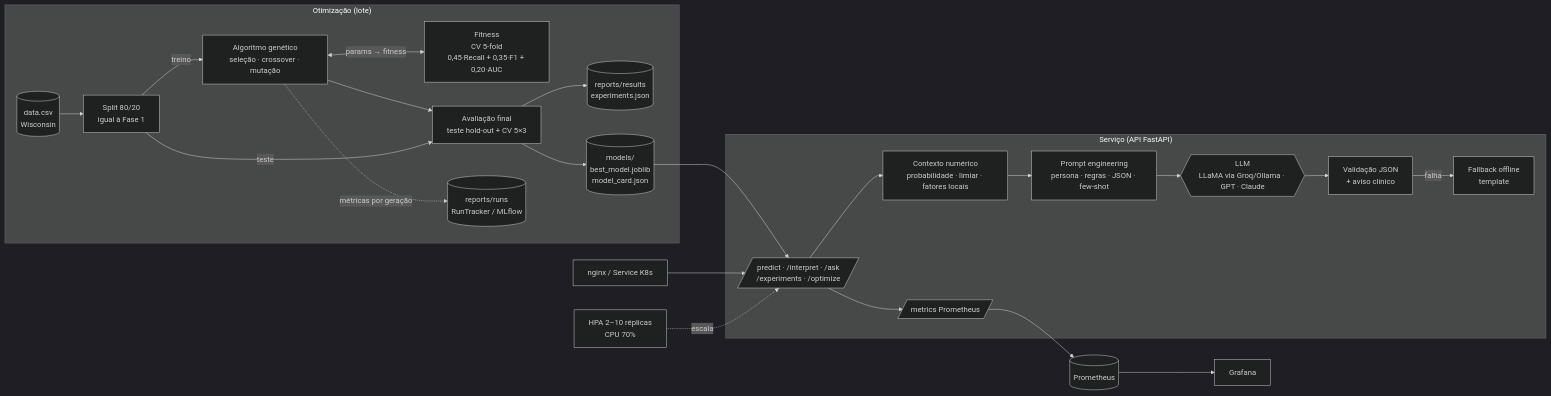
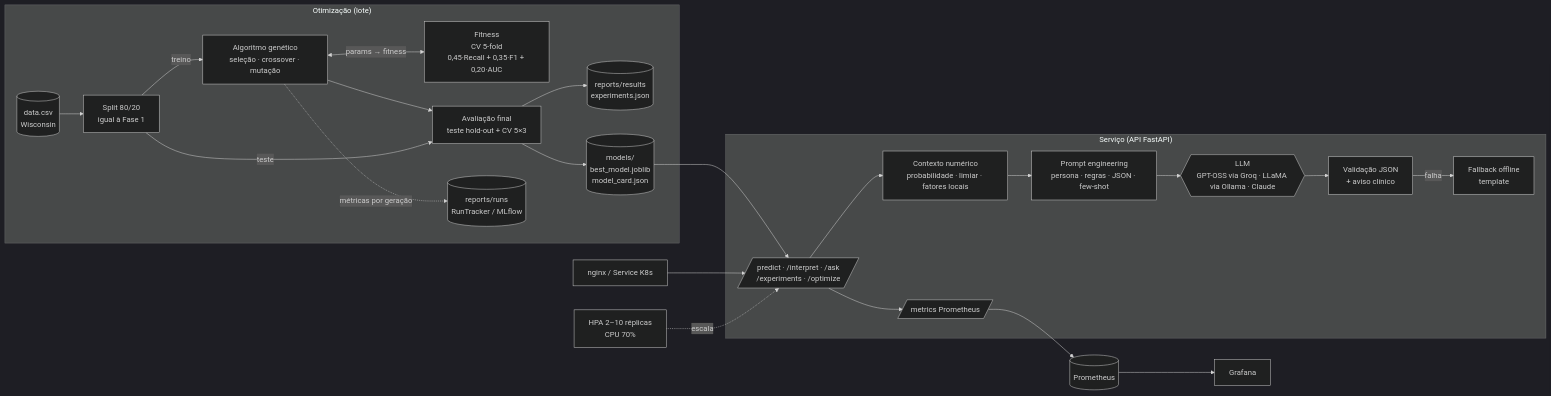
One commit to Gusta2150/desafio_tech_2 changed the diagram in docs/arquitetura.md. Above: the diagram before and after it, drawn with Mermaid (dark theme). The commit also changed other lines of this file and 16 other files, not shown here.

````diff
--- a/docs/arquitetura.md
+++ b/docs/arquitetura.md
@@ -5,27 +5,27 @@
 ```mermaid
 flowchart LR
     subgraph Offline["Otimização (lote)"]
         D[(data.csv<br/>Wisconsin)] --> S[Split 80/20<br/>igual à Fase 1]
         S -->|treino| GA[Algoritmo genético<br/>seleção · crossover · mutação]
         GA <-->|params → fitness| F[Fitness<br/>CV 5-fold<br/>0,45·Recall + 0,35·F1 + 0,20·AUC]
         GA --> E[Avaliação final<br/>teste hold-out + CV 5×3]
         S -->|teste| E
         E --> R[(reports/results<br/>experiments.json)]
         E --> MOD[(models/<br/>best_model.joblib<br/>model_card.json)]
         GA -. métricas por geração .-> T[(reports/runs<br/>RunTracker / MLflow)]
     end
 
     subgraph Online["Serviço (API FastAPI)"]
         MOD --> API[/predict · /interpret · /ask<br/>/experiments · /optimize/]
         API --> X[Contexto numérico<br/>probabilidade · limiar · fatores locais]
         X --> P[Prompt engineering<br/>persona · regras · JSON · few-shot]
-        P --> LLM{{LLM<br/>LLaMA via Groq/Ollama · GPT · Claude}}
+        P --> LLM{{LLM<br/>GPT-OSS via Groq · LLaMA via Ollama · Claude}}
         LLM --> V[Validação JSON<br/>+ aviso clínico]
         V -->|falha| FB[Fallback offline<br/>template]
         API --> PM[/metrics Prometheus/]
     end
 
     LB[nginx / Service K8s] --> API
     PM --> PR[(Prometheus)] --> G[Grafana]
     HPA[HPA 2–10 réplicas<br/>CPU 70%] -. escala .-> API
 ```
````
